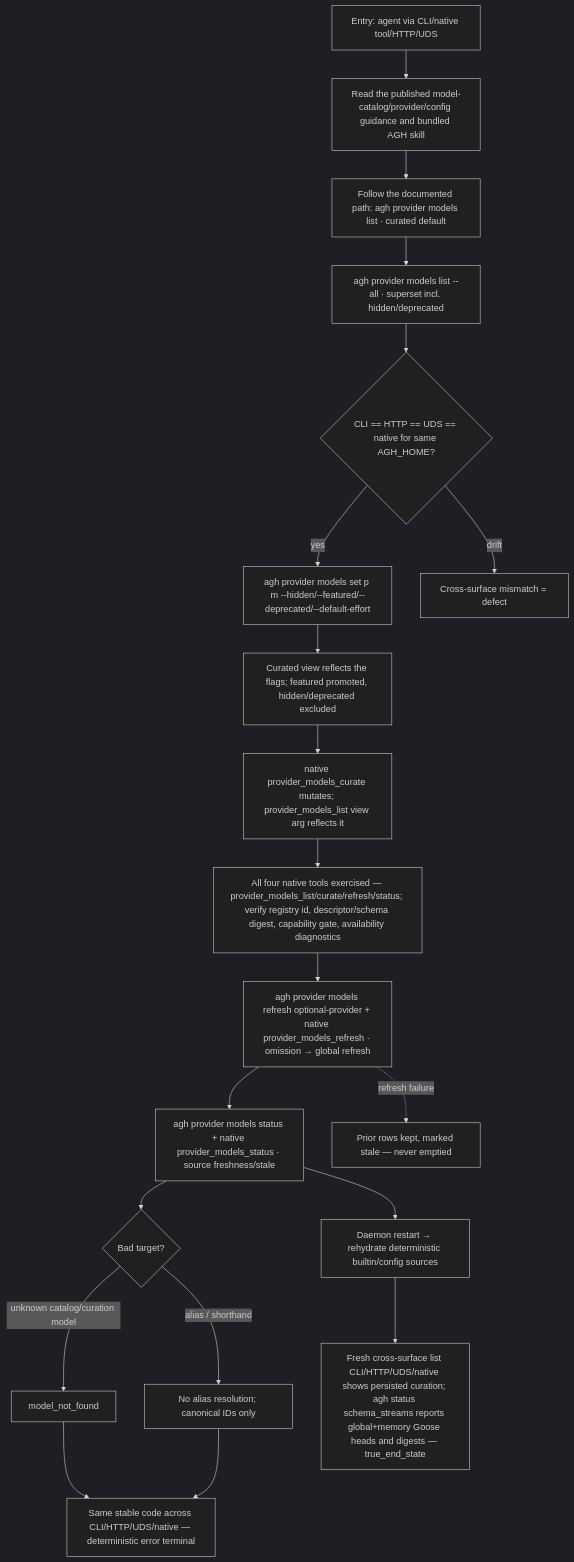
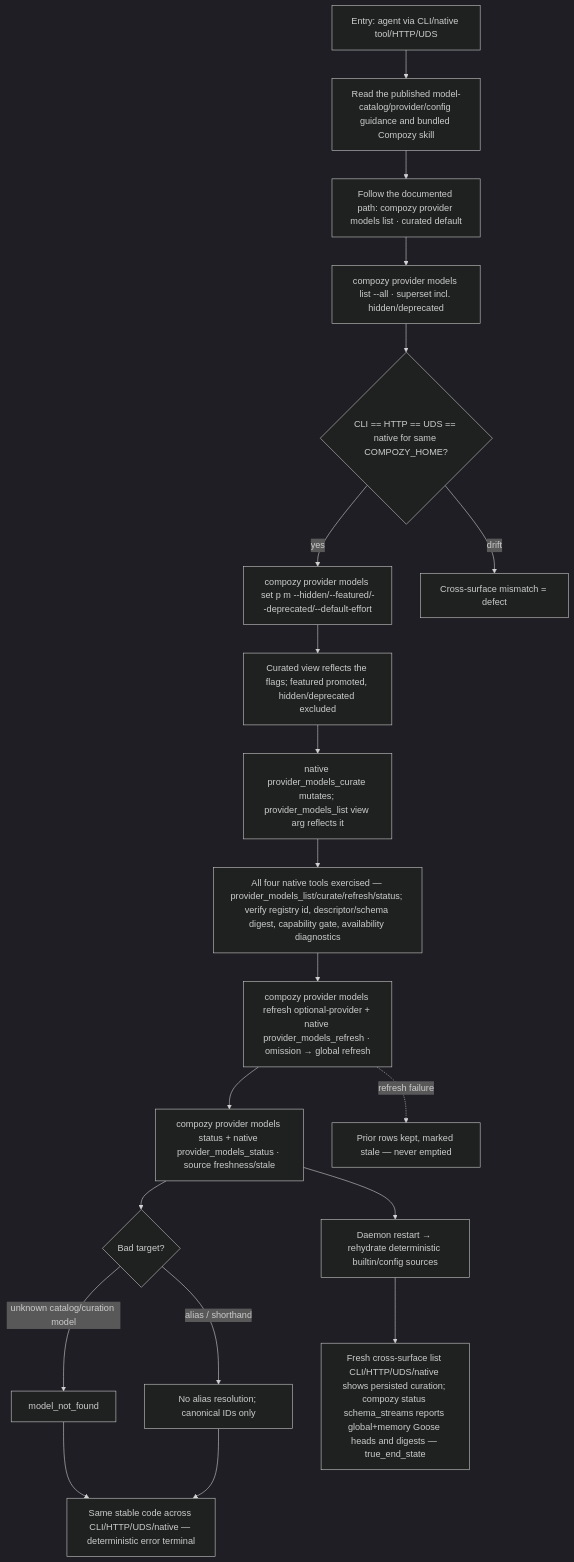
One commit to compozy/compozy changed the diagram in docs/qa/journeys/J-20-catalog-curation-agent-surfaces.md. Above: the diagram before and after it, drawn with Mermaid (dark theme). The commit also changed other lines of this file and 1705 other files, not shown here.

````diff
--- a/docs/qa/journeys/J-20-catalog-curation-agent-surfaces.md
+++ b/docs/qa/journeys/J-20-catalog-curation-agent-surfaces.md
@@ -5,22 +5,22 @@
 ```mermaid
 flowchart TD
-    E1[Entry: agent via CLI/native tool/HTTP/UDS] --> GUIDE[Read the published model-catalog/provider/config guidance and bundled AGH skill]
-    GUIDE --> LIST[Follow the documented path: agh provider models list · curated default]
-    LIST --> ALL[agh provider models list --all · superset incl. hidden/deprecated]
-    ALL --> COMPARE{CLI == HTTP == UDS == native for same AGH_HOME?}
-    COMPARE -->|yes| SET[agh provider models set p m --hidden/--featured/--deprecated/--default-effort]
+    E1[Entry: agent via CLI/native tool/HTTP/UDS] --> GUIDE[Read the published model-catalog/provider/config guidance and bundled Compozy skill]
+    GUIDE --> LIST[Follow the documented path: compozy provider models list · curated default]
+    LIST --> ALL[compozy provider models list --all · superset incl. hidden/deprecated]
+    ALL --> COMPARE{CLI == HTTP == UDS == native for same COMPOZY_HOME?}
+    COMPARE -->|yes| SET[compozy provider models set p m --hidden/--featured/--deprecated/--default-effort]
     COMPARE -->|drift| BUG[Cross-surface mismatch = defect]
     SET --> REFLECT[Curated view reflects the flags; featured promoted, hidden/deprecated excluded]
     REFLECT --> CURATE[native provider_models_curate mutates; provider_models_list view arg reflects it]
     CURATE --> NATIVE[All four native tools exercised — provider_models_list/curate/refresh/status; verify registry id, descriptor/schema digest, capability gate, availability diagnostics]
-    NATIVE --> REFRESH[agh provider models refresh optional-provider + native provider_models_refresh · omission → global refresh]
-    REFRESH --> STATUS[agh provider models status + native provider_models_status · source freshness/stale]
+    NATIVE --> REFRESH[compozy provider models refresh optional-provider + native provider_models_refresh · omission → global refresh]
+    REFRESH --> STATUS[compozy provider models status + native provider_models_status · source freshness/stale]
     STATUS --> ERR{Bad target?}
     ERR -->|unknown catalog/curation model| NF[model_not_found]
     ERR -->|alias / shorthand| NORES[No alias resolution; canonical IDs only]
     NF --> STABLE[Same stable code across CLI/HTTP/UDS/native — deterministic error terminal]
     NORES --> STABLE
     STATUS --> RESTART[Daemon restart → rehydrate deterministic builtin/config sources]
-    RESTART --> READBACK[Fresh cross-surface list CLI/HTTP/UDS/native shows persisted curation; agh status schema_streams reports global+memory Goose heads and digests — true_end_state]
+    RESTART --> READBACK[Fresh cross-surface list CLI/HTTP/UDS/native shows persisted curation; compozy status schema_streams reports global+memory Goose heads and digests — true_end_state]
     REFRESH -.->|refresh failure| STALE[Prior rows kept, marked stale — never emptied]
 ```
````
